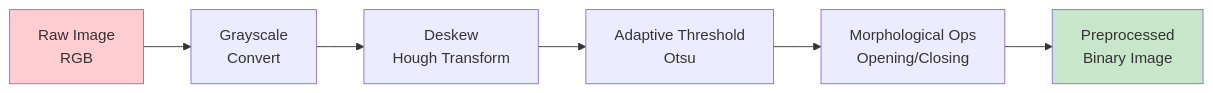
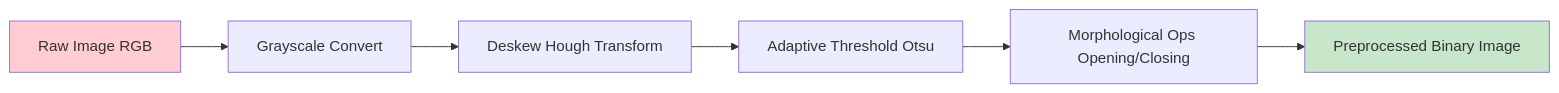
One commit to softwarewrighter/scan3data changed the third of 3 diagrams in wiki/Core-Pipeline.md. Above: the diagram before and after it, drawn with Mermaid. The commit also changed other lines of this file and 6 other files, not shown here.

First line of the commit message:
Fix wiki Mermaid diagrams: remove <br/> tags

````diff
--- a/wiki/Core-Pipeline.md
+++ b/wiki/Core-Pipeline.md
@@ -165,11 +165,11 @@
 ```mermaid
 graph LR
-    A[Raw Image<br/>RGB] --> B[Grayscale<br/>Convert]
-    B --> C[Deskew<br/>Hough Transform]
-    C --> D[Adaptive Threshold<br/>Otsu]
-    D --> E[Morphological Ops<br/>Opening/Closing]
-    E --> F[Preprocessed<br/>Binary Image]
+    A[Raw Image RGB] --> B[Grayscale Convert]
+    B --> C[Deskew Hough Transform]
+    C --> D[Adaptive Threshold Otsu]
+    D --> E[Morphological Ops Opening/Closing]
+    E --> F[Preprocessed Binary Image]
 
     style A fill:#ffcdd2
     style F fill:#c8e6c9
 ```
````
